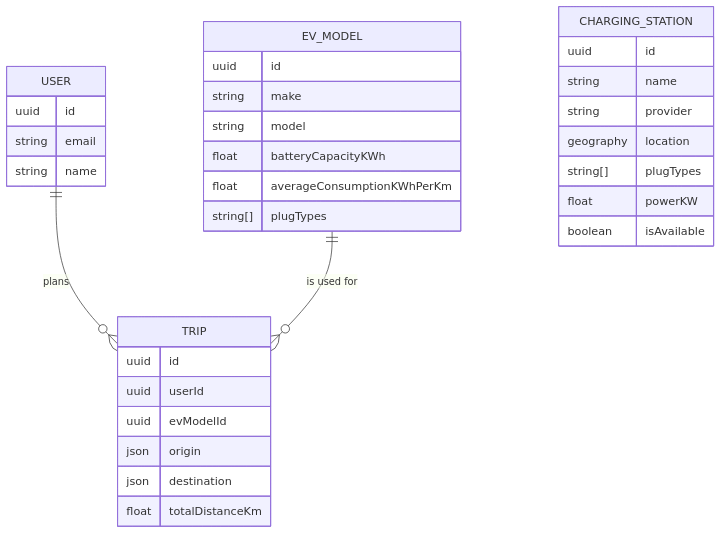
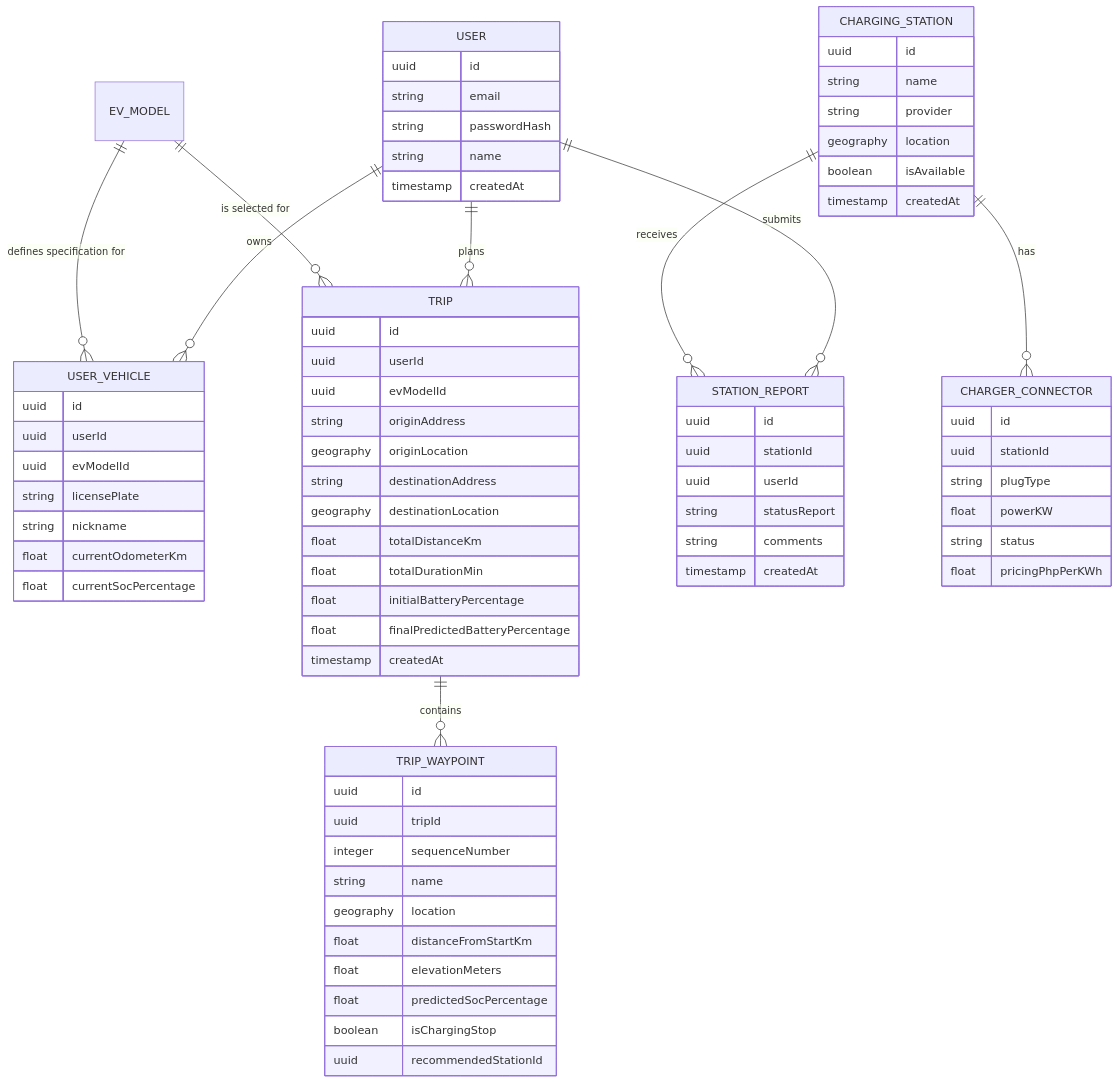
The third of 3 diagrams in docs/ARCHITECTURE.md (Team-Kaizen-MMDC/voltpathph), drawn with Mermaid before and after one commit. The commit also changed other lines of this file, not shown here.

Commit message:
docs: improve architecture, sequence diagrams, and ERD based on Capstone paper requirements

````diff
--- a/docs/ARCHITECTURE.md
+++ b/docs/ARCHITECTURE.md
@@ -83,35 +124,85 @@
 ```mermaid
 erDiagram
+    USER ||--o{ USER_VEHICLE : "owns"
     USER ||--o{ TRIP : "plans"
+    USER ||--o{ STATION_REPORT : "submits"
+    
+    EV_MODEL ||--o{ USER_VEHICLE : "defines specification for"
+    EV_MODEL ||--o{ TRIP : "is selected for"
+    
+    USER_VEHICLE {
+        uuid id
+        uuid userId
+        uuid evModelId
+        string licensePlate
+        string nickname
+        float currentOdometerKm
+        float currentSocPercentage
+    }
+
     USER {
         uuid id
         string email
+        string passwordHash
         string name
+        timestamp createdAt
     }
-    EV_MODEL ||--o{ TRIP : "is used for"
-    EV_MODEL {
-        uuid id
-        string make
-        string model
-        float batteryCapacityKWh
-        float averageConsumptionKWhPerKm
-        string[] plugTypes
-    }
+
+    TRIP ||--o{ TRIP_WAYPOINT : "contains"
     TRIP {
         uuid id
         uuid userId
         uuid evModelId
-        json origin
-        json destination
+        string originAddress
+        geography originLocation
+        string destinationAddress
+        geography destinationLocation
         float totalDistanceKm
+        float totalDurationMin
+        float initialBatteryPercentage
+        float finalPredictedBatteryPercentage
+        timestamp createdAt
     }
+
+    TRIP_WAYPOINT {
+        uuid id
+        uuid tripId
+        integer sequenceNumber
+        string name
+        geography location
+        float distanceFromStartKm
+        float elevationMeters
+        float predictedSocPercentage
+        boolean isChargingStop
+        uuid recommendedStationId
+    }
+
+    CHARGING_STATION ||--o{ STATION_REPORT : "receives"
+    CHARGING_STATION ||--o{ CHARGER_CONNECTOR : "has"
     CHARGING_STATION {
         uuid id
         string name
         string provider
         geography location
-        string[] plugTypes
+        boolean isAvailable
+        timestamp createdAt
+    }
+
+    CHARGER_CONNECTOR {
+        uuid id
+        uuid stationId
+        string plugType
         float powerKW
-        boolean isAvailable
+        string status
+        float pricingPhpPerKWh
+    }
+
+    STATION_REPORT {
+        uuid id
+        uuid stationId
+        uuid userId
+        string statusReport
+        string comments
+        timestamp createdAt
     }
 ```
````
